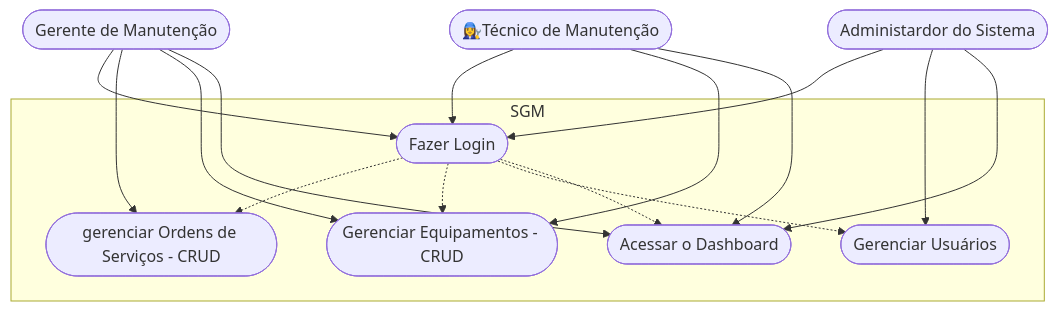
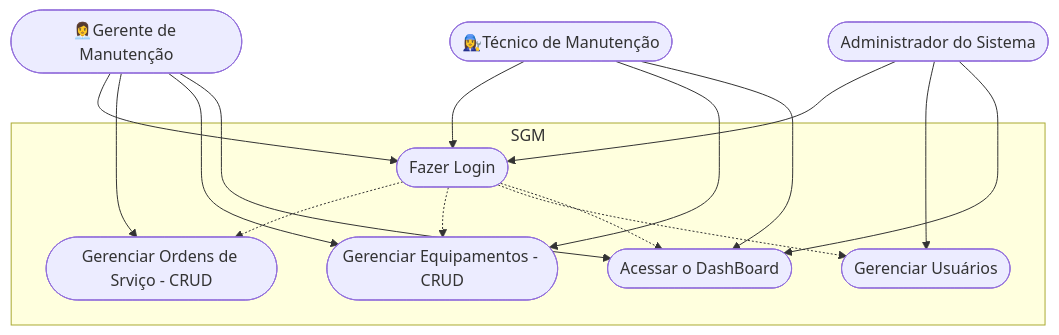
One commit to Kaua1102bit/formativa-sgm changed the second of 3 diagrams in README.md. Above: the diagram before and after it, drawn with Mermaid. The commit also changed other lines of this file, not shown here.

````diff
--- a/README.md
+++ b/README.md
@@ -103,35 +103,35 @@
 ```mermaid
 
 graph TD
 
     subgraph "SGM"
         caso1([Fazer Login])
-        caso2([gerenciar Ordens de Serviços - CRUD])
+        caso2([Gerenciar Ordens de Srviço - CRUD])
         caso3([Gerenciar Equipamentos - CRUD])
         caso4([Gerenciar Usuários])
-        caso5([Acessar o Dashboard])
+        caso5([Acessar o DashBoard])
     end
 
     Tecnico([👩‍🔧Técnico de Manutenção])
-    Gerente([Gerente de Manutenção])
-    Admin([Administardor do Sistema])
+    Gerente([👩‍💼Gerente de Manutenção])
+    Admin([Administrador do Sistema])
 
     Tecnico --> caso1
     Tecnico --> caso3
     Tecnico --> caso5
 
     Gerente --> caso1
     Gerente --> caso2
     Gerente --> caso3
     Gerente --> caso5
 
     Admin --> caso1
     Admin --> caso4
     Admin --> caso5
 
     caso1 -.-> caso2
     caso1 -.-> caso3
     caso1 -.-> caso4
     caso1 -.-> caso5
-
+    
 ```
````
